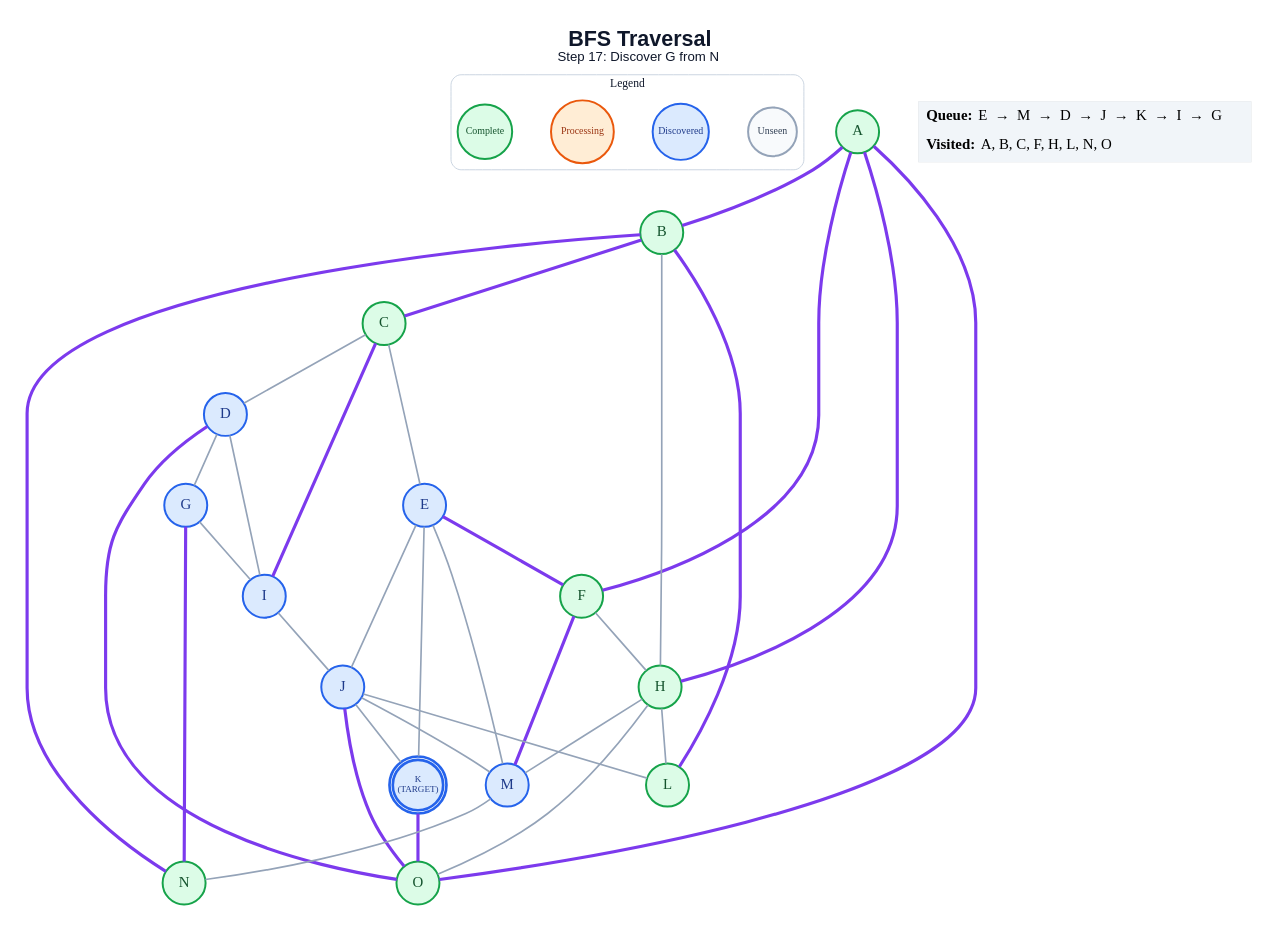
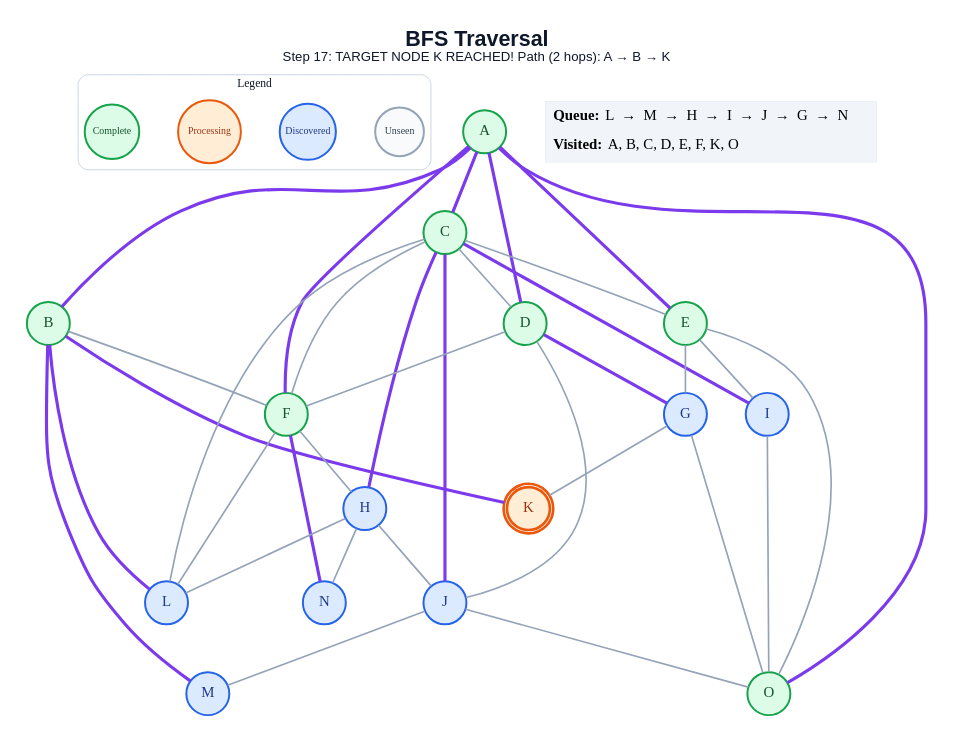
Before and after one commit to anon7238593-create/ai-slop: the diagram in generated/specific-node/bfs/step_17.dot, drawn with Graphviz. The commit also changed 253 other files, not shown here.

```diff
--- a/generated/specific-node/bfs/step_17.dot
+++ b/generated/specific-node/bfs/step_17.dot
@@ -1,66 +1,68 @@
 graph traversal {
   graph [layout=dot, rankdir=TB, bgcolor="#FFFFFF", pad="0.35", nodesep="0.65", ranksep="0.8", fontname="Arial"];
   node [shape=circle, style="filled", fontname="Arial Bold", fontsize=18, width=0.72, fixedsize=true, penwidth=2.4];
   edge [color="#94A3B8", penwidth=2.0];
-  label=<<B>BFS Traversal</B><BR/><FONT POINT-SIZE="16">Step 17: Discover G from N</FONT>>; labelloc="t"; fontsize=26; fontname="Arial"; fontcolor="#0F172A";
+  label=<<B>BFS Traversal</B><BR/><FONT POINT-SIZE="16">Step 17: TARGET NODE K REACHED! Path (2 hops): A → B → K</FONT>>; labelloc="t"; fontsize=26; fontname="Arial"; fontcolor="#0F172A";
   subgraph cluster_legend { label="Legend"; color="#CBD5E1"; penwidth=1.2; style="rounded"; fontsize=14; fontname="Arial Bold";
     key_unseen [label="Unseen", fillcolor="#F8FAFC", color="#94A3B8", fontcolor="#334155", fontsize=12, width=0.82];
     key_frontier [label="Discovered", fillcolor="#DBEAFE", color="#2563EB", fontcolor="#1E3A8A", fontsize=12, width=0.95];
     key_current [label="Processing", fillcolor="#FFEDD5", color="#EA580C", fontcolor="#9A3412", fontsize=12, width=1.05];
     key_done [label="Complete", fillcolor="#DCFCE7", color="#16A34A", fontcolor="#14532D", fontsize=12, width=0.92];
     { rank=same; key_unseen; key_frontier; key_current; key_done; }
   }
   A [label="A", fillcolor="#DCFCE7", color="#16A34A", fontcolor="#14532D", peripheries=1, penwidth=2.4];
   B [label="B", fillcolor="#DCFCE7", color="#16A34A", fontcolor="#14532D", peripheries=1, penwidth=2.4];
   C [label="C", fillcolor="#DCFCE7", color="#16A34A", fontcolor="#14532D", peripheries=1, penwidth=2.4];
-  D [label="D", fillcolor="#DBEAFE", color="#2563EB", fontcolor="#1E3A8A", peripheries=1, penwidth=2.4];
-  E [label="E", fillcolor="#DBEAFE", color="#2563EB", fontcolor="#1E3A8A", peripheries=1, penwidth=2.4];
+  D [label="D", fillcolor="#DCFCE7", color="#16A34A", fontcolor="#14532D", peripheries=1, penwidth=2.4];
+  E [label="E", fillcolor="#DCFCE7", color="#16A34A", fontcolor="#14532D", peripheries=1, penwidth=2.4];
   F [label="F", fillcolor="#DCFCE7", color="#16A34A", fontcolor="#14532D", peripheries=1, penwidth=2.4];
   G [label="G", fillcolor="#DBEAFE", color="#2563EB", fontcolor="#1E3A8A", peripheries=1, penwidth=2.4];
-  H [label="H", fillcolor="#DCFCE7", color="#16A34A", fontcolor="#14532D", peripheries=1, penwidth=2.4];
+  H [label="H", fillcolor="#DBEAFE", color="#2563EB", fontcolor="#1E3A8A", peripheries=1, penwidth=2.4];
   I [label="I", fillcolor="#DBEAFE", color="#2563EB", fontcolor="#1E3A8A", peripheries=1, penwidth=2.4];
   J [label="J", fillcolor="#DBEAFE", color="#2563EB", fontcolor="#1E3A8A", peripheries=1, penwidth=2.4];
-  K [label="K\n(TARGET)", fillcolor="#DBEAFE", color="#2563EB", fontcolor="#1E3A8A", peripheries=2, penwidth=3.2, fontsize=11, width=0.85, height=0.85];
-  L [label="L", fillcolor="#DCFCE7", color="#16A34A", fontcolor="#14532D", peripheries=1, penwidth=2.4];
+  K [label="K", fillcolor="#FFEDD5", color="#EA580C", fontcolor="#9A3412", peripheries=2, penwidth=3.2];
+  L [label="L", fillcolor="#DBEAFE", color="#2563EB", fontcolor="#1E3A8A", peripheries=1, penwidth=2.4];
   M [label="M", fillcolor="#DBEAFE", color="#2563EB", fontcolor="#1E3A8A", peripheries=1, penwidth=2.4];
-  N [label="N", fillcolor="#DCFCE7", color="#16A34A", fontcolor="#14532D", peripheries=1, penwidth=2.4];
+  N [label="N", fillcolor="#DBEAFE", color="#2563EB", fontcolor="#1E3A8A", peripheries=1, penwidth=2.4];
   O [label="O", fillcolor="#DCFCE7", color="#16A34A", fontcolor="#14532D", peripheries=1, penwidth=2.4];
   A -- B [color="#7C3AED", penwidth=3.8];
+  A -- C [color="#7C3AED", penwidth=3.8];
+  A -- D [color="#7C3AED", penwidth=3.8];
+  A -- E [color="#7C3AED", penwidth=3.8];
   A -- F [color="#7C3AED", penwidth=3.8];
-  A -- H [color="#7C3AED", penwidth=3.8];
   A -- O [color="#7C3AED", penwidth=3.8];
-  B -- C [color="#7C3AED", penwidth=3.8];
-  B -- H;
+  B -- F;
+  B -- K [color="#7C3AED", penwidth=3.8];
   B -- L [color="#7C3AED", penwidth=3.8];
-  B -- N [color="#7C3AED", penwidth=3.8];
+  B -- M [color="#7C3AED", penwidth=3.8];
   C -- D;
   C -- E;
+  C -- F;
+  C -- H [color="#7C3AED", penwidth=3.8];
   C -- I [color="#7C3AED", penwidth=3.8];
-  D -- G;
-  D -- I;
-  D -- O [color="#7C3AED", penwidth=3.8];
-  E -- F [color="#7C3AED", penwidth=3.8];
-  E -- J;
-  E -- K;
-  E -- M;
+  C -- J [color="#7C3AED", penwidth=3.8];
+  C -- L;
+  D -- F;
+  D -- G [color="#7C3AED", penwidth=3.8];
+  D -- J;
+  E -- G;
+  E -- I;
+  E -- O;
   F -- H;
-  F -- M [color="#7C3AED", penwidth=3.8];
-  G -- I;
-  G -- N [color="#7C3AED", penwidth=3.8];
+  F -- L;
+  F -- N [color="#7C3AED", penwidth=3.8];
+  G -- K;
+  G -- O;
+  H -- J;
   H -- L;
-  H -- M;
-  H -- O;
-  I -- J;
-  J -- K;
-  J -- L;
+  H -- N;
+  I -- O;
   J -- M;
-  J -- O [color="#7C3AED", penwidth=3.8];
-  K -- O [color="#7C3AED", penwidth=3.8];
-  M -- N;
+  J -- O;
   status [shape=plain, fixedsize=false, width=0, height=0, margin=0, label=<
     <TABLE BORDER="0" CELLBORDER="0" CELLPADDING="7" BGCOLOR="#F1F5F9">
-      <TR><TD ALIGN="LEFT"><B>Queue:</B> E  →  M  →  D  →  J  →  K  →  I  →  G</TD></TR>
-      <TR><TD ALIGN="LEFT"><B>Visited:</B> A, B, C, F, H, L, N, O</TD></TR>
+      <TR><TD ALIGN="LEFT"><B>Queue:</B> L  →  M  →  H  →  I  →  J  →  G  →  N</TD></TR>
+      <TR><TD ALIGN="LEFT"><B>Visited:</B> A, B, C, D, E, F, K, O</TD></TR>
     </TABLE>
   >];
 }
```
